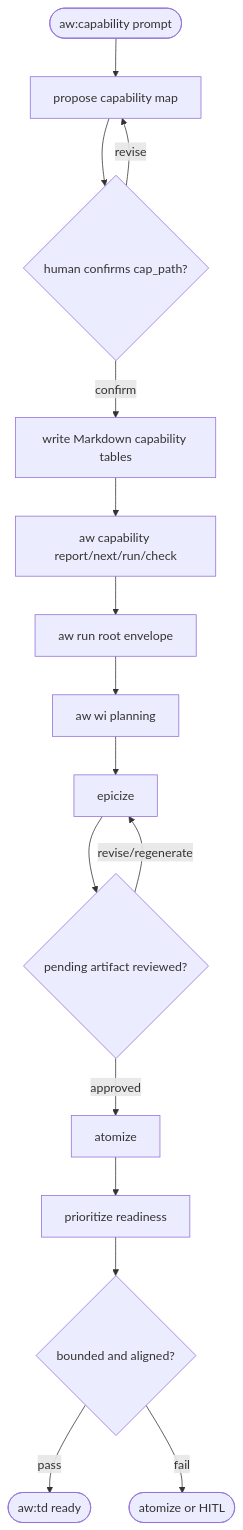
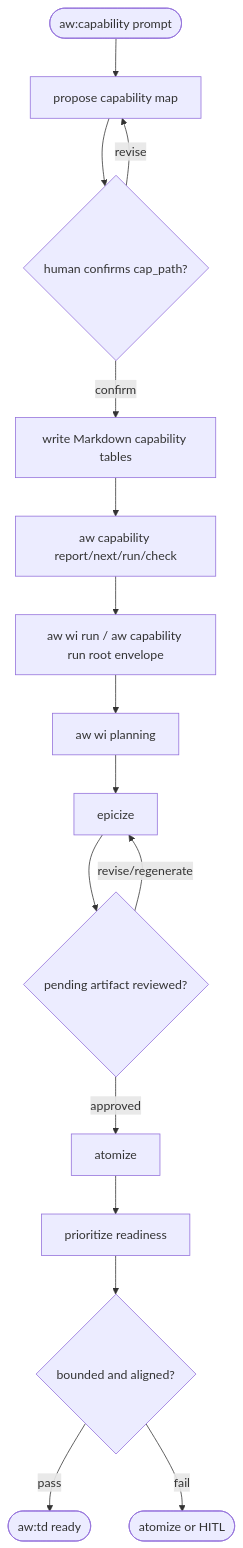
The second of 3 diagrams in projects/agentic-workflow/tech-design/surface/specs/aw-capability-alignment-wi-planning.md (chrischeng-c4/axiom), drawn with Mermaid before and after one commit. The commit also changed other lines of this file and 37 other files, not shown here.

````diff
--- a/projects/agentic-workflow/tech-design/surface/specs/aw-capability-alignment-wi-planning.md
+++ b/projects/agentic-workflow/tech-design/surface/specs/aw-capability-alignment-wi-planning.md
@@ -233,53 +233,53 @@
 ```mermaid
 ---
 id: aw-capability-alignment-wi-planning-logic
 entry: cap_prompt
 nodes:
   cap_prompt: { kind: start, label: "human invokes aw:capability prompt" }
   infer_capability: { kind: process, label: "agent proposes capability map" }
   human_confirm: { kind: decision, label: "human confirms cap_path update?" }
   write_cap_path: { kind: process, label: "write confirmed Markdown capability sections and contract/work-root tables to cap_path" }
   capability_command: { kind: process, label: "aw capability report/next/run/check evaluates capability/gap/claim graph" }
-  root_run: { kind: process, label: "aw run selects project/capability/wi root and emits invoke.command" }
+  root_run: { kind: process, label: "aw wi run / aw capability run selects project/capability/wi root and emits invoke.command" }
   wi_planning: { kind: process, label: "aw:wi routes gaps and required claims through planning operators" }
   epicize: { kind: process, label: "epicize roadmap-sized direction" }
   epic_review: { kind: decision, label: "pending epic artifact reviewed?" }
   atomize: { kind: process, label: "atomize epic into atomic WI candidates" }
   prioritize: { kind: process, label: "prioritize readiness and dependency lanes" }
   validate: { kind: decision, label: "non-epic WI bounded and aligned?" }
   td_ready: { kind: terminal, label: "aw:td may start" }
   split_or_hitl: { kind: terminal, label: "return to atomize or HITL decision" }
 edges:
   - { from: cap_prompt, to: infer_capability, label: "prompt" }
   - { from: infer_capability, to: human_confirm, label: "candidate only" }
   - { from: human_confirm, to: infer_capability, label: "revise" }
   - { from: human_confirm, to: write_cap_path, label: "confirm" }
   - { from: write_cap_path, to: capability_command, label: "capability anchor" }
   - { from: capability_command, to: root_run, label: "root runnable" }
   - { from: root_run, to: wi_planning, label: "open gap or missing WI" }
   - { from: wi_planning, to: epicize, label: "large direction" }
   - { from: epicize, to: epic_review, label: "agent_review_required" }
   - { from: epic_review, to: atomize, label: "approved" }
   - { from: epic_review, to: epicize, label: "revise or regenerate" }
   - { from: atomize, to: prioritize, label: "candidate set" }
   - { from: prioritize, to: validate, label: "ready_now candidate WI" }
   - { from: validate, to: td_ready, label: "pass" }
   - { from: validate, to: split_or_hitl, label: "split_required, low confidence, decision, or too-large" }
 ---
 flowchart TD
     cap_prompt([aw:capability prompt]) --> infer_capability[propose capability map]
     infer_capability --> human_confirm{human confirms cap_path?}
     human_confirm -- revise --> infer_capability
     human_confirm -- confirm --> write_cap_path[write Markdown capability tables]
     write_cap_path --> capability_command[aw capability report/next/run/check]
-    capability_command --> root_run[aw run root envelope]
+    capability_command --> root_run[aw wi run / aw capability run root envelope]
     root_run --> wi_planning[aw wi planning]
     wi_planning --> epicize[epicize]
     epicize --> epic_review{pending artifact reviewed?}
     epic_review -- approved --> atomize[atomize]
     epic_review -- revise/regenerate --> epicize
     atomize --> prioritize[prioritize readiness]
     prioritize --> validate{bounded and aligned?}
     validate -- pass --> td_ready([aw:td ready])
     validate -- fail --> split_or_hitl([atomize or HITL])
 ```
````
